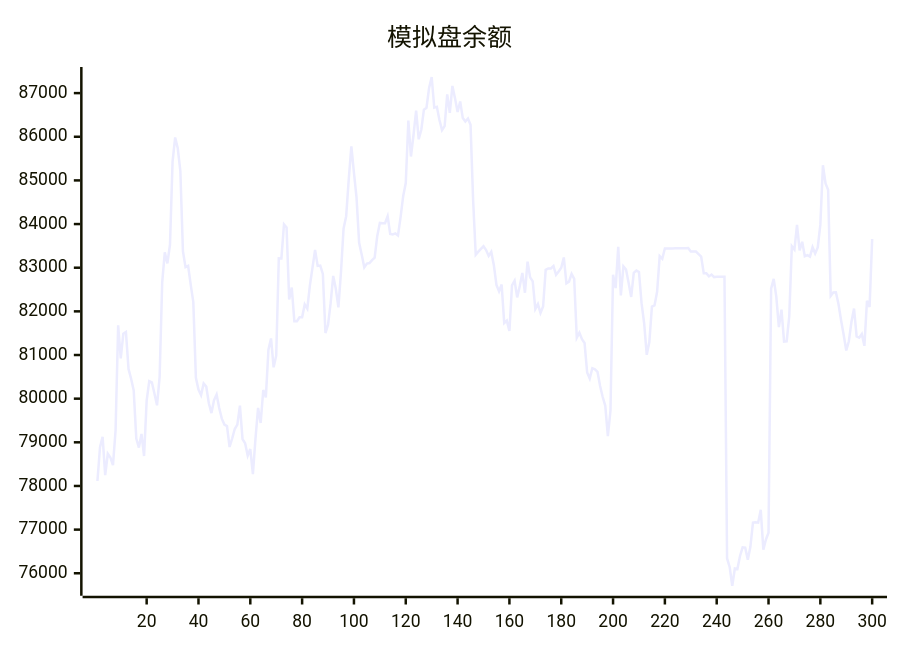
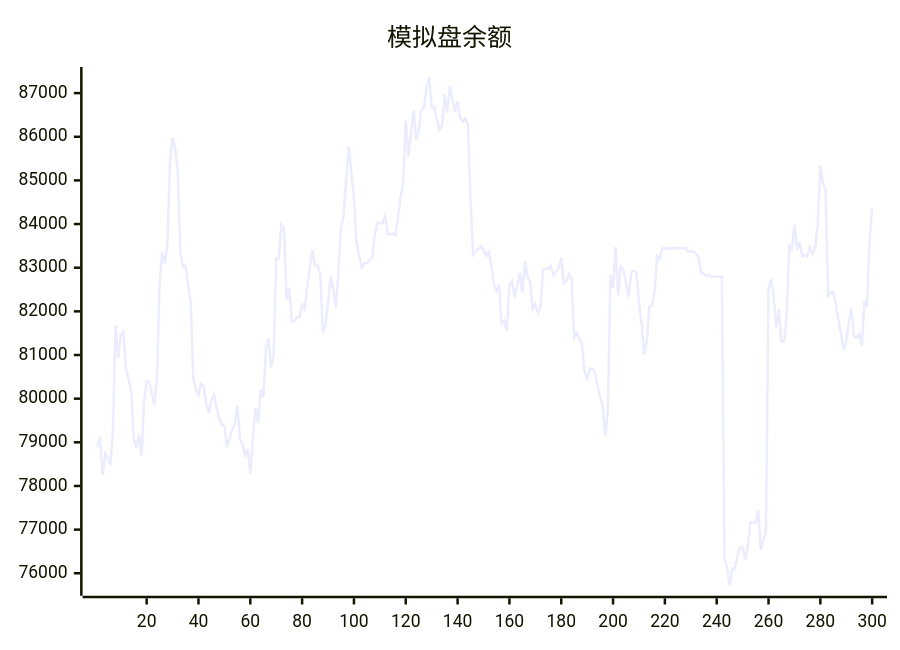
The diagram in README.md (aahl/ai-trading), drawn with Mermaid before and after one commit. The commit also changed other lines of this file and 1 other file, not shown here.

````diff
--- a/README.md
+++ b/README.md
@@ -5,5 +5,5 @@
 ```mermaid
 xychart
     title "模拟盘余额"
-    line [78114,78888,79126,78249,78738,78653,78478,79271,81680,80923,81488,81527,80681,80455,80190,79084,78879,79193,78686,79954,80403,80374,80118,79848,80491,82665,83351,83098,83525,85430,85983,85737,85221,83378,83014,83043,82613,82216,80477,80208,80081,80348,80277,79894,79670,79965,80093,79786,79542,79406,79371,78893,79087,79304,79406,79841,79072,78978,78696,78846,78272,79085,79787,79442,80198,80031,81120,81379,80718,80985,83214,83212,83993,83921,82270,82547,81776,81776,81866,81866,82158,82061,82596,83000,83408,83041,83050,82858,81503,81691,82188,82812,82517,82092,82901,83898,84180,85030,85781,85178,84604,83569,83298,83008,83093,83107,83175,83228,83729,84025,84017,84019,84177,83775,83762,83785,83738,84160,84639,84939,86370,85548,86046,86599,85942,86161,86622,86664,87115,87369,86666,86685,86384,86152,86243,86969,86548,87164,86885,86566,86809,86427,86348,86417,86273,84538,83299,83369,83430,83490,83404,83270,83362,83056,82605,82459,82614,81734,81788,81551,82598,82702,82320,82580,82878,82426,83139,82778,82686,82056,82166,81963,82110,82951,82983,82984,83038,82838,82915,82998,83235,82642,82682,82858,82746,81396,81512,81362,81277,80600,80461,80699,80673,80616,80288,80038,79836,79142,79722,82837,82533,83480,82366,83032,82960,82654,82330,82883,82934,82901,82188,81728,81005,81298,82110,82135,82449,83264,83203,83440,83439,83440,83440,83446,83447,83448,83447,83448,83449,83369,83369,83369,83313,83256,82872,82873,82801,82844,82785,82791,82791,82793,82794,76339,76145,75714,76110,76096,76397,76594,76585,76310,76607,77160,77170,77160,77456,76541,76774,76927,82520,82744,82337,81639,82040,81307,81314,81887,83490,83414,83984,83396,83594,83261,83287,83253,83470,83327,83465,83987,85348,84930,84786,82355,82433,82438,82167,81795,81466,81105,81315,81756,82064,81426,81398,81481,81210,82242,82099,83658]
+    line [78888,79126,78249,78738,78653,78478,79271,81680,80923,81488,81527,80681,80455,80190,79084,78879,79193,78686,79954,80403,80374,80118,79848,80491,82665,83351,83098,83525,85430,85983,85737,85221,83378,83014,83043,82613,82216,80477,80208,80081,80348,80277,79894,79670,79965,80093,79786,79542,79406,79371,78893,79087,79304,79406,79841,79072,78978,78696,78846,78272,79085,79787,79442,80198,80031,81120,81379,80718,80985,83214,83212,83993,83921,82270,82547,81776,81776,81866,81866,82158,82061,82596,83000,83408,83041,83050,82858,81503,81691,82188,82812,82517,82092,82901,83898,84180,85030,85781,85178,84604,83569,83298,83008,83093,83107,83175,83228,83729,84025,84017,84019,84177,83775,83762,83785,83738,84160,84639,84939,86370,85548,86046,86599,85942,86161,86622,86664,87115,87369,86666,86685,86384,86152,86243,86969,86548,87164,86885,86566,86809,86427,86348,86417,86273,84538,83299,83369,83430,83490,83404,83270,83362,83056,82605,82459,82614,81734,81788,81551,82598,82702,82320,82580,82878,82426,83139,82778,82686,82056,82166,81963,82110,82951,82983,82984,83038,82838,82915,82998,83235,82642,82682,82858,82746,81396,81512,81362,81277,80600,80461,80699,80673,80616,80288,80038,79836,79142,79722,82837,82533,83480,82366,83032,82960,82654,82330,82883,82934,82901,82188,81728,81005,81298,82110,82135,82449,83264,83203,83440,83439,83440,83440,83446,83447,83448,83447,83448,83449,83369,83369,83369,83313,83256,82872,82873,82801,82844,82785,82791,82791,82793,82794,76339,76145,75714,76110,76096,76397,76594,76585,76310,76607,77160,77170,77160,77456,76541,76774,76927,82520,82744,82337,81639,82040,81307,81314,81887,83490,83414,83984,83396,83594,83261,83287,83253,83470,83327,83465,83987,85348,84930,84786,82355,82433,82438,82167,81795,81466,81105,81315,81756,82064,81426,81398,81481,81210,82242,82099,83658,84359]
 ```
````
